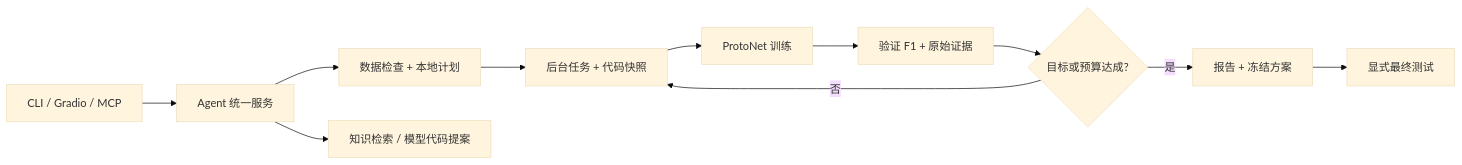
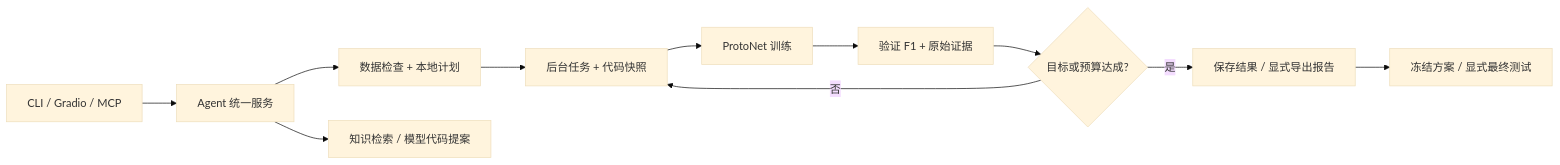
One commit to ali030202/NGC6517-Research-Agent changed the diagram in README.md. Above: the diagram before and after it, drawn with Mermaid (base theme). The commit also changed other lines of this file, not shown here.

Commit message:
docs: detail research agent roles, handoffs and integration status

````diff
--- a/README.md
+++ b/README.md
@@ -27,13 +226,13 @@
 ```mermaid
 flowchart LR
-    A[CLI / Gradio / MCP] --> B[Agent 统一服务]
-    B --> C[数据检查 + 本地计划]
-    C --> D[后台任务 + 代码快照]
-    D --> E[ProtoNet 训练]
-    E --> F[验证 F1 + 原始证据]
-    F --> G{目标或预算达成?}
+    A["CLI / Gradio / MCP"] --> B["Agent 统一服务"]
+    B --> C["数据检查 + 本地计划"]
+    C --> D["后台任务 + 代码快照"]
+    D --> E["ProtoNet 训练"]
+    E --> F["验证 F1 + 原始证据"]
+    F --> G{"目标或预算达成?"}
     G -- 否 --> D
-    G -- 是 --> H[报告 + 冻结方案]
-    H --> I[显式最终测试]
-    B --> J[知识检索 / 模型代码提案]
+    G -- 是 --> H["保存结果 / 显式导出报告"]
+    H --> I["冻结方案 / 显式最终测试"]
+    B --> J["知识检索 / 模型代码提案"]
 ```
````
